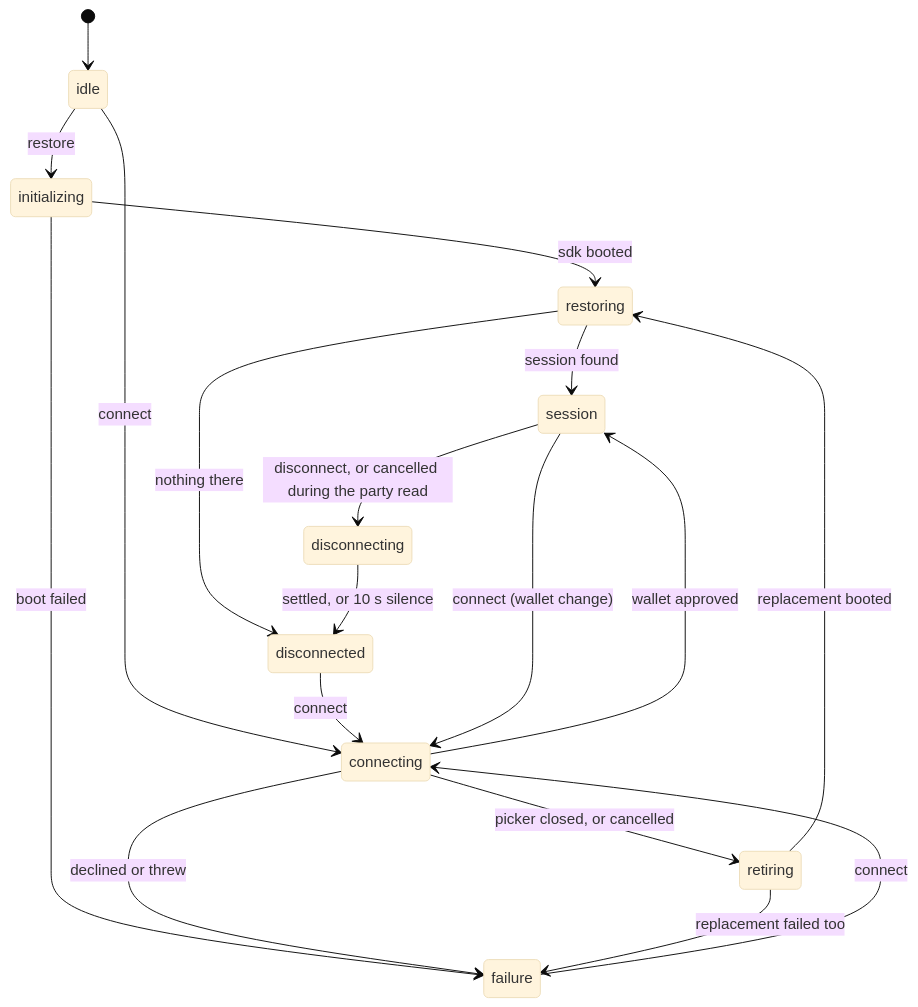
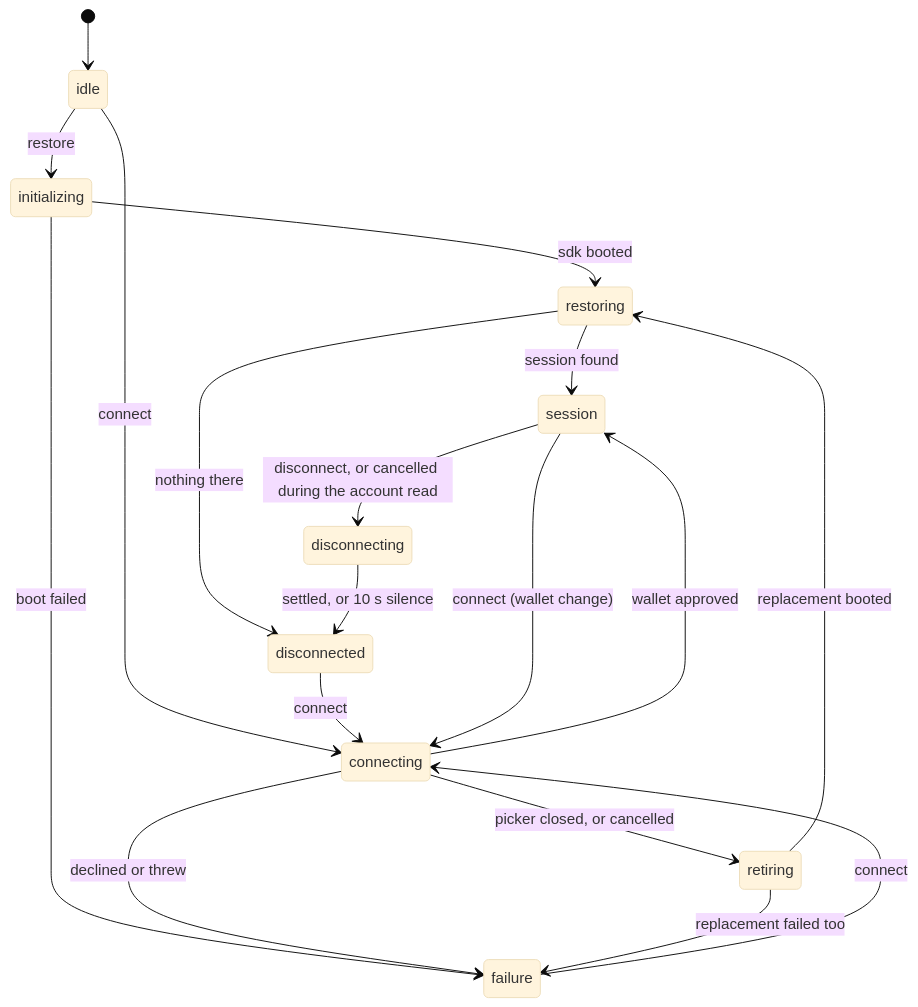
Before and after one commit to BootNodeDev/canton-dappbooster: the first of 2 diagrams in canton-connect/architecture/connection-machine.md, drawn with Mermaid (base theme). The commit also changed other lines of this file and 3 other files, not shown here.

Commit message:
docs(connect): retarget party prose at the account entry

````diff
--- a/canton-connect/architecture/connection-machine.md
+++ b/canton-connect/architecture/connection-machine.md
@@ -10,20 +10,20 @@
 ```mermaid
 stateDiagram-v2
     [*] --> idle
     idle --> initializing: restore
     initializing --> restoring: sdk booted
     initializing --> failure: boot failed
     restoring --> session: session found
     restoring --> disconnected: nothing there
     idle --> connecting: connect
     disconnected --> connecting: connect
     failure --> connecting: connect
     session --> connecting: connect (wallet change)
     connecting --> session: wallet approved
     connecting --> failure: declined or threw
     connecting --> retiring: picker closed, or cancelled
     retiring --> restoring: replacement booted
     retiring --> failure: replacement failed too
-    session --> disconnecting: disconnect, or cancelled during the party read
+    session --> disconnecting: disconnect, or cancelled during the account read
     disconnecting --> disconnected: settled, or 10 s silence
 ```
````
